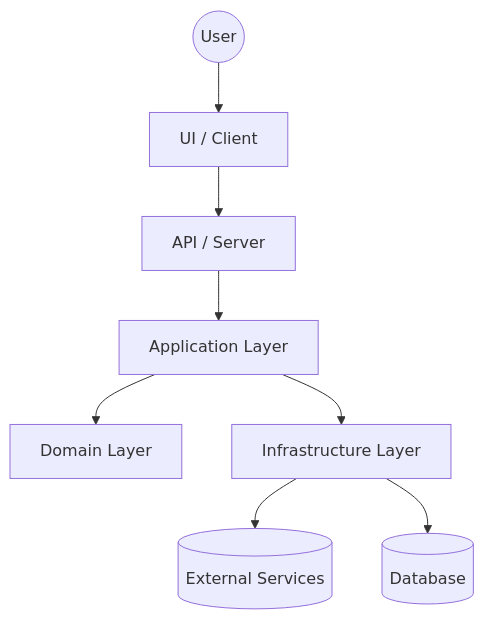
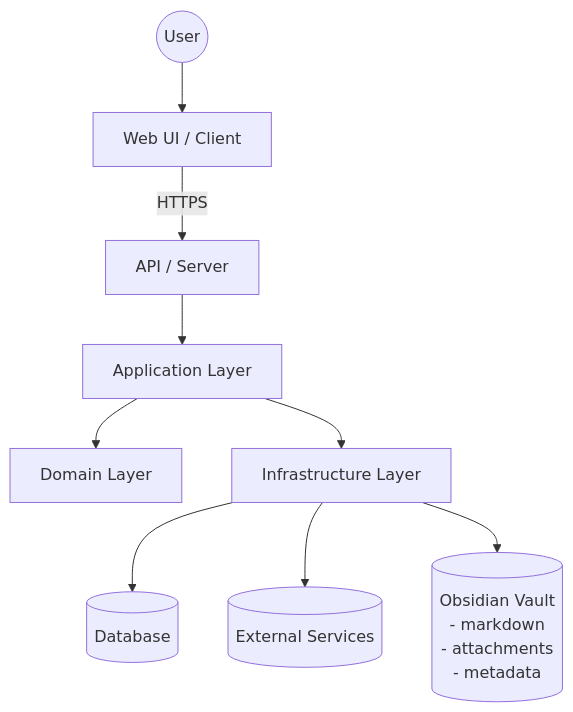
Before and after one commit to Maxi-flores/Sapient-DF: the diagram in architecture.md, drawn with Mermaid. The commit also changed other lines of this file, not shown here.

Commit message:
Update architecture.md for full-stack + Obsidian vault reference

````diff
--- a/architecture.md
+++ b/architecture.md
@@ -24,10 +34,16 @@
 ```mermaid
 flowchart TD
-  User((User)) --> UI[UI / Client]
-  UI --> API[API / Server]
+  User((User)) --> UI[Web UI / Client]
+  UI -->|HTTPS| API[API / Server]
+
   API --> App[Application Layer]
   App --> Domain[Domain Layer]
   App --> Infra[Infrastructure Layer]
+
+  Infra --> DB[(Database)]
   Infra --> Ext[(External Services)]
-  Infra --> DB[(Database)]
+  Infra --> Vault[(Obsidian Vault
+  - markdown
+  - attachments
+  - metadata)]
 ```
````
